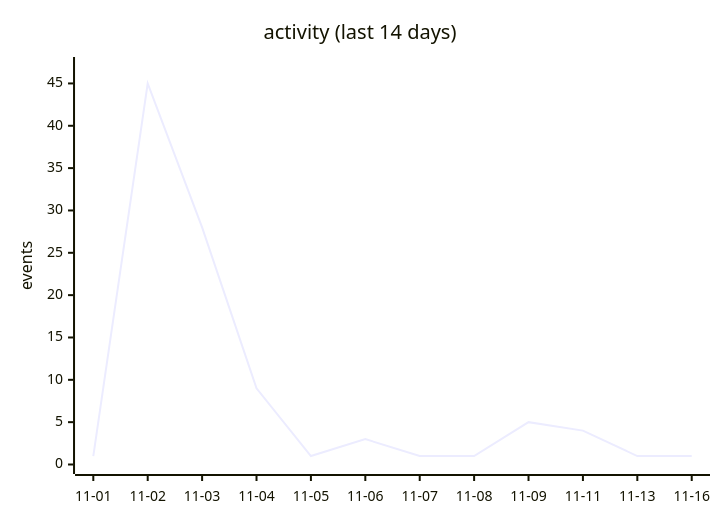
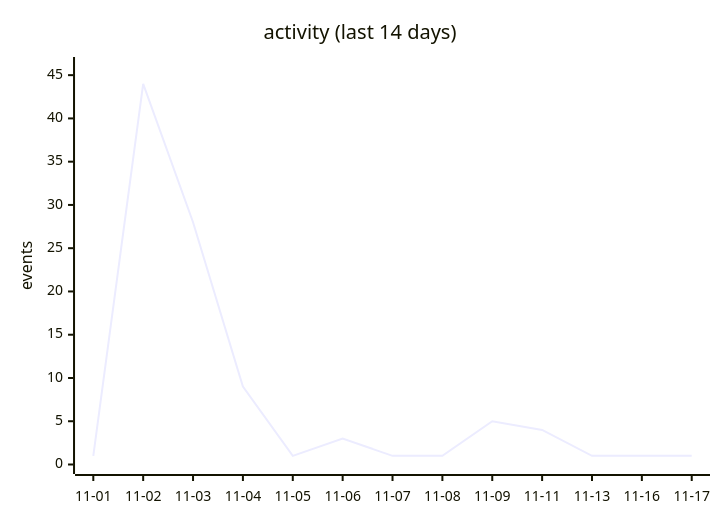
The second of 3 diagrams in README.md (lunarshe11/lunarshe11), drawn with Mermaid before and after one commit. The commit also changed other lines of this file, not shown here.

````diff
--- a/README.md
+++ b/README.md
@@ -45,7 +46,7 @@
 ```mermaid
 xychart-beta
     title "activity (last 14 days)"
-    x-axis ["11-01", "11-02", "11-03", "11-04", "11-05", "11-06", "11-07", "11-08", "11-09", "11-11", "11-13", "11-16"]
-    y-axis "events" 0 --> 47
-    line [1, 45, 28, 9, 1, 3, 1, 1, 5, 4, 1, 1]
+    x-axis ["11-01", "11-02", "11-03", "11-04", "11-05", "11-06", "11-07", "11-08", "11-09", "11-11", "11-13", "11-16", "11-17"]
+    y-axis "events" 0 --> 46
+    line [1, 44, 28, 9, 1, 3, 1, 1, 5, 4, 1, 1, 1]
 ```
````
